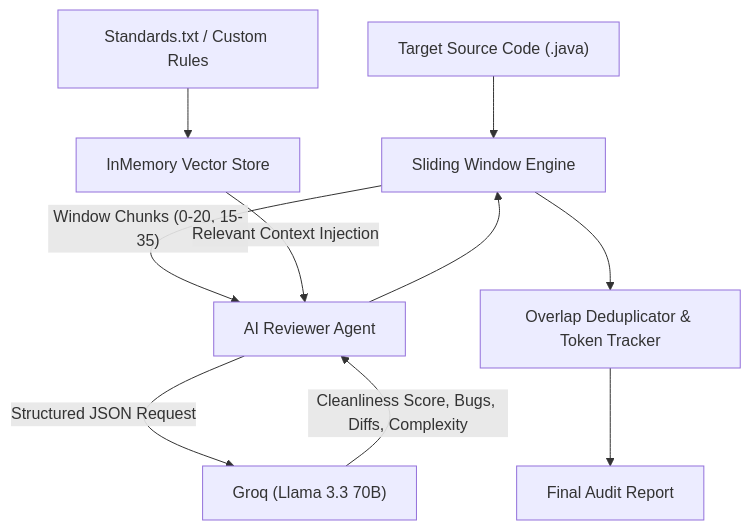
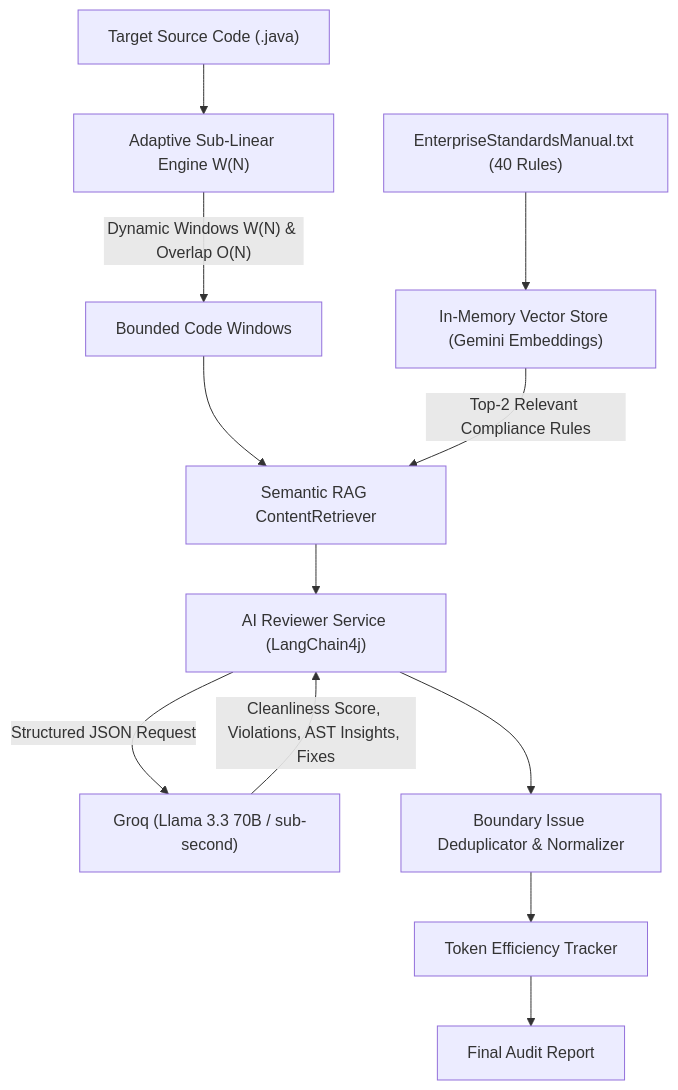
Before and after one commit to aniketbhandwalkar/ai-code-reviewer: the diagram in README.md, drawn with Mermaid. The commit also changed other lines of this file and 16 other files, not shown here.

````diff
--- a/README.md
+++ b/README.md
@@ -18,15 +20,17 @@
 ```mermaid
 graph TD
-    Source["Target Source Code (.java)"] --> Engine["Sliding Window Engine"]
-    Rules["Standards.txt / Custom Rules"] --> RAG["InMemory Vector Store"]
+    Source["Target Source Code (.java)"] --> MathEngine["Adaptive Sub-Linear Engine W(N)"]
+    Manual["EnterpriseStandardsManual.txt (40 Rules)"] --> VectorDB["In-Memory Vector Store (Gemini Embeddings)"]
     
-    Engine -->|"Window Chunks (0-20, 15-35)"| AI["AI Reviewer Agent"]
-    RAG -->|Relevant Context Injection| AI
+    MathEngine -->|"Dynamic Windows W(N) & Overlap O(N)"| Chunks["Bounded Code Windows"]
+    Chunks --> RAG["Semantic RAG ContentRetriever"]
+    VectorDB -->|Top-2 Relevant Compliance Rules| RAG
     
-    AI -->|Structured JSON Request| LLM["Groq (Llama 3.3 70B)"]
-    LLM -->|"Cleanliness Score, Bugs, Diffs, Complexity"| AI
-    AI --> Engine
+    RAG --> Agent["AI Reviewer Service (LangChain4j)"]
+    Agent -->|Structured JSON Request| LLM["Groq (Llama 3.3 70B / sub-second)"]
+    LLM -->|"Cleanliness Score, Violations, AST Insights, Fixes"| Agent
     
-    Engine --> Dedupe["Overlap Deduplicator & Token Tracker"]
-    Dedupe --> Output["Final Audit Report"]
+    Agent --> Dedupe["Boundary Issue Deduplicator & Normalizer"]
+    Dedupe --> Metrics["Token Efficiency Tracker"]
+    Metrics --> Report["Final Audit Report"]
 ```
````
